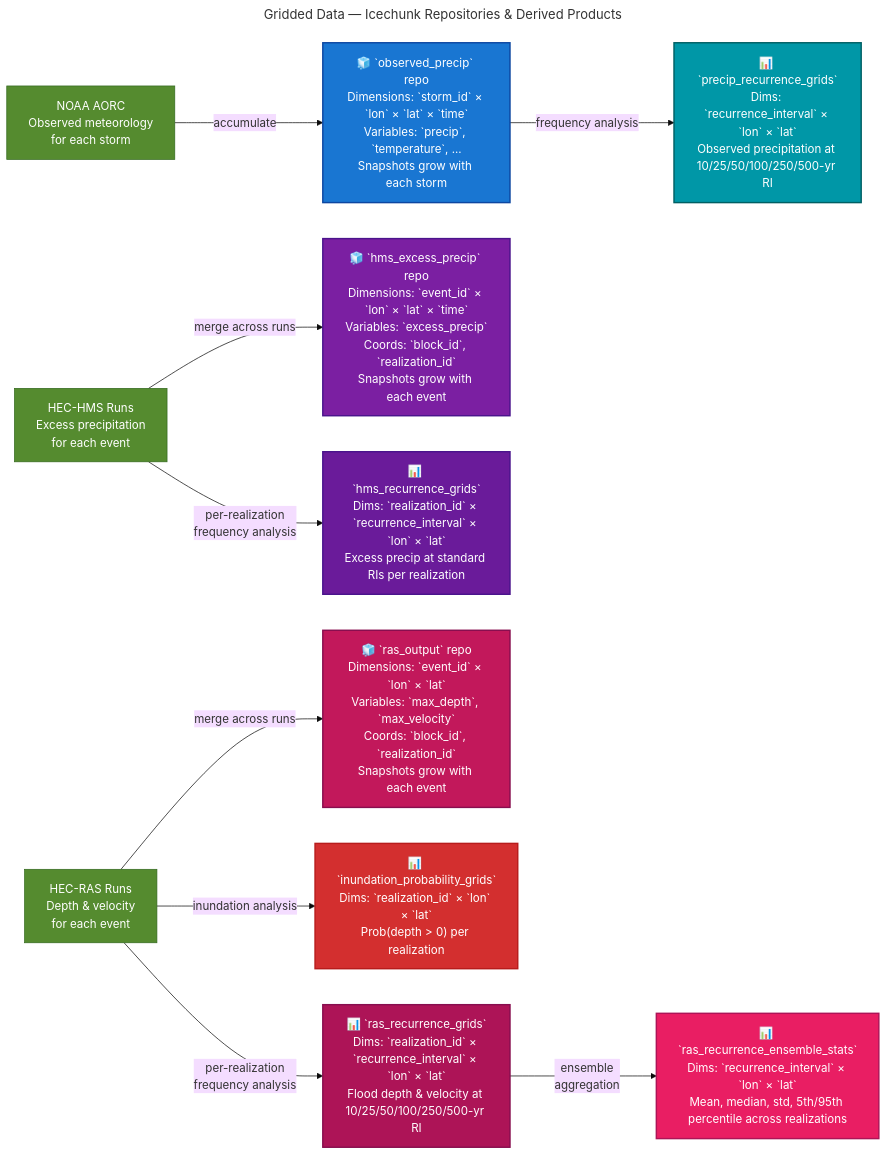
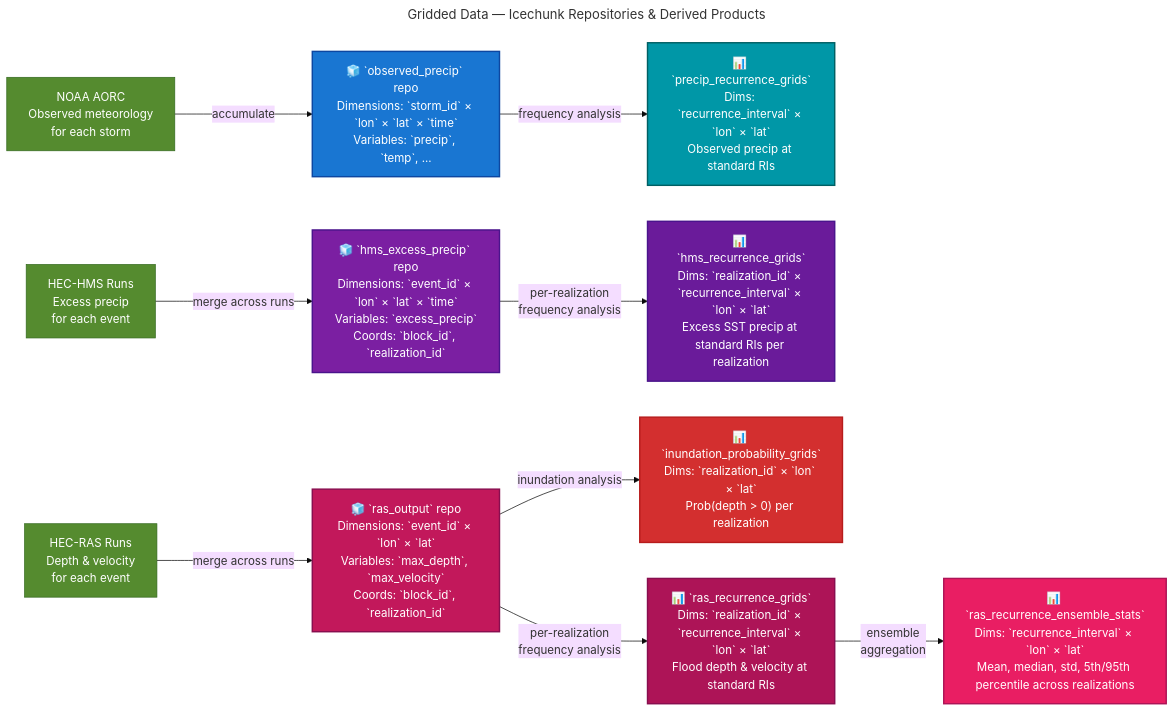
One commit to fema-ffrd/ffrd-data-model changed the diagram in docs/grids.mmd. Above: the diagram before and after it, drawn with Mermaid (base theme).

Commit message:
grid diagram tweaks

```diff
--- a/docs/grids.mmd
+++ b/docs/grids.mmd
@@ -1,29 +1,29 @@
 ---
 title: Gridded Data — Icechunk Repositories & Derived Products
 ---
 flowchart LR
     AORC["NOAA AORC<br/>Observed meteorology<br/>for each storm"]
-    HMS["HEC-HMS Runs<br/>Excess precipitation<br/>for each event"]
+    HMS["HEC-HMS Runs<br/>Excess precip<br/>for each event"]
     RAS["HEC-RAS Runs<br/>Depth &amp; velocity<br/>for each event"]
 
-    AORC -->|accumulate| OBS["🧊 `observed_precip` repo<br/>Dimensions: `storm_id` × `lon` × `lat` × `time`<br/>Variables: `precip`, `temperature`, ...<br/>Snapshots grow with each storm"]
-    HMS -->|merge across runs| HMSREPO["🧊 `hms_excess_precip` repo<br/>Dimensions: `event_id` × `lon` × `lat` × `time`<br/>Variables: `excess_precip`<br/>Coords: `block_id`, `realization_id`<br/>Snapshots grow with each event"]
-    RAS -->|merge across runs| RASREPO["🧊 `ras_output` repo<br/>Dimensions: `event_id` × `lon` × `lat`<br/>Variables: `max_depth`, `max_velocity`<br/>Coords: `block_id`, `realization_id`<br/>Snapshots grow with each event"]
+    AORC -->|accumulate| OBS["🧊 `observed_precip` repo<br/>Dimensions: `storm_id` × `lon` × `lat` × `time`<br/>Variables: `precip`, `temp`, ..."]
+    HMS -->|merge across runs| HMSREPO["🧊 `hms_excess_precip` repo<br/>Dimensions: `event_id` × `lon` × `lat` × `time`<br/>Variables: `excess_precip`<br/>Coords: `block_id`, `realization_id`"]
+    RAS -->|merge across runs| RASREPO["🧊 `ras_output` repo<br/>Dimensions: `event_id` × `lon` × `lat`<br/>Variables: `max_depth`, `max_velocity`<br/>Coords: `block_id`, `realization_id`"]
 
-    OBS -->|frequency analysis| PRECIP_RI["📊 `precip_recurrence_grids`<br/>Dims: `recurrence_interval` × `lon` × `lat`<br/>Observed precipitation at 10/25/50/100/250/500-yr RI"]
-    HMS -->|per-realization<br/>frequency analysis| HMS_RI["📊 `hms_recurrence_grids`<br/>Dims: `realization_id` × `recurrence_interval` × `lon` × `lat`<br/>Excess precip at standard RIs per realization"]
-    RAS -->|inundation analysis| INUND["📊 `inundation_probability_grids`<br/>Dims: `realization_id` × `lon` × `lat`<br/>Prob(depth &gt; 0) per realization"]
-    RAS -->|per-realization<br/>frequency analysis| RAS_RI["📊 `ras_recurrence_grids`<br/>Dims: `realization_id` × `recurrence_interval` × `lon` × `lat`<br/>Flood depth &amp; velocity at 10/25/50/100/250/500-yr RI"]
+    OBS -->|frequency analysis| PRECIP_RI["📊 `precip_recurrence_grids`<br/>Dims: `recurrence_interval` × `lon` × `lat`<br/>Observed precip at standard RIs"]
+    HMSREPO -->|per-realization<br/>frequency analysis| HMS_RI["📊 `hms_recurrence_grids`<br/>Dims: `realization_id` × `recurrence_interval` × `lon` × `lat`<br/>Excess SST precip at standard RIs per realization"]
+    RASREPO -->|inundation analysis| INUND["📊 `inundation_probability_grids`<br/>Dims: `realization_id` × `lon` × `lat`<br/>Prob(depth &gt; 0) per realization"]
+    RASREPO -->|per-realization<br/>frequency analysis| RAS_RI["📊 `ras_recurrence_grids`<br/>Dims: `realization_id` × `recurrence_interval` × `lon` × `lat`<br/>Flood depth &amp; velocity at standard RIs"]
     RAS_RI -->|ensemble<br/>aggregation| RAS_STATS["📊 `ras_recurrence_ensemble_stats`<br/>Dims: `recurrence_interval` × `lon` × `lat`<br/>Mean, median, std, 5th/95th percentile across realizations"]
 
     style OBS fill:#1976d2,stroke:#0d47a1,stroke-width:2px,color:#fff
     style HMSREPO fill:#7b1fa2,stroke:#4a148c,stroke-width:2px,color:#fff
     style RASREPO fill:#c2185b,stroke:#880e4f,stroke-width:2px,color:#fff
     style PRECIP_RI fill:#0097a7,stroke:#006064,stroke-width:2px,color:#fff
     style HMS_RI fill:#6a1b9a,stroke:#4a148c,stroke-width:2px,color:#fff
     style INUND fill:#d32f2f,stroke:#b71c1c,stroke-width:2px,color:#fff
     style RAS_RI fill:#ad1457,stroke:#880e4f,stroke-width:2px,color:#fff
     style RAS_STATS fill:#e91e63,stroke:#ad1457,stroke-width:2px,color:#fff
     style AORC fill:#558b2f,stroke:#33691e,stroke-width:1px,color:#fff
     style HMS fill:#558b2f,stroke:#33691e,stroke-width:1px,color:#fff
     style RAS fill:#558b2f,stroke:#33691e,stroke-width:1px,color:#fff
```
